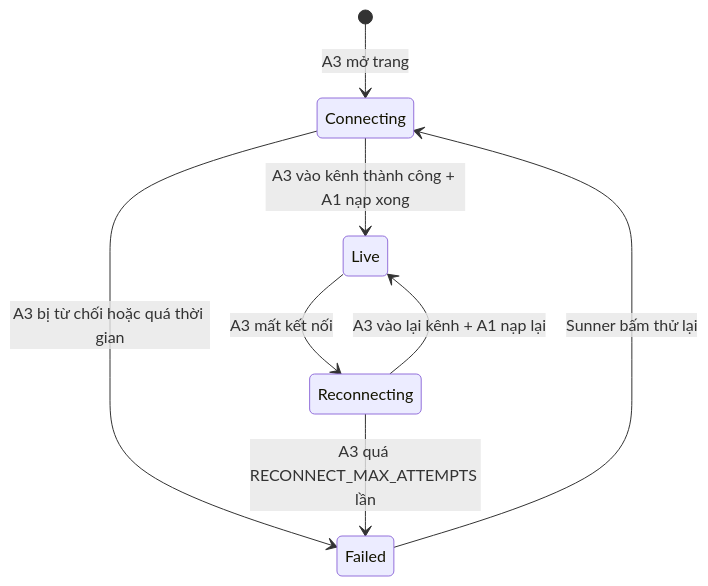
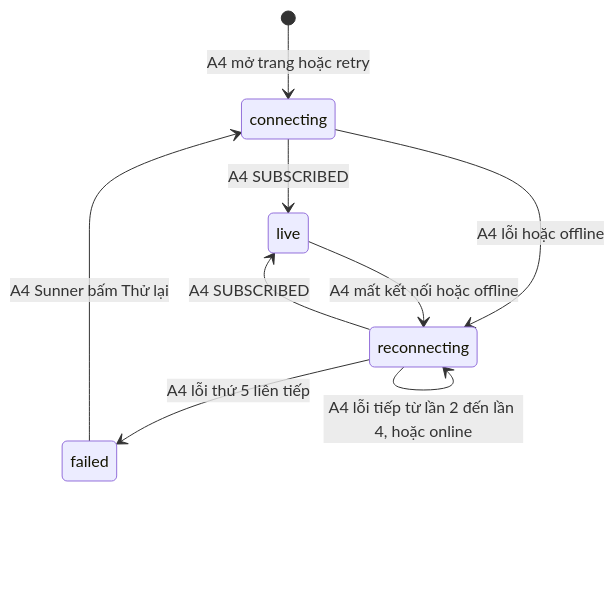
Before and after one commit to hailv-3571/agentic-coding-hands-on: the fourth of 4 diagrams in docs/features/F008_SpotlightBoard/technical-spec.md, drawn with Mermaid. The commit also changed other lines of this file and 152 other files, not shown here.

````diff
--- a/docs/features/F008_SpotlightBoard/technical-spec.md
+++ b/docs/features/F008_SpotlightBoard/technical-spec.md
@@ -222,10 +390,11 @@
 ```mermaid
 stateDiagram-v2
-    [*] --> Connecting : A3 mở trang
-    Connecting --> Live : A3 vào kênh thành công + A1 nạp xong
-    Connecting --> Failed : A3 bị từ chối hoặc quá thời gian
-    Live --> Reconnecting : A3 mất kết nối
-    Reconnecting --> Live : A3 vào lại kênh + A1 nạp lại
-    Reconnecting --> Failed : A3 quá RECONNECT_MAX_ATTEMPTS lần
-    Failed --> Connecting : Sunner bấm thử lại
+    [*] --> connecting : A4 mở trang hoặc retry
+    connecting --> live : A4 SUBSCRIBED
+    connecting --> reconnecting : A4 lỗi hoặc offline
+    live --> reconnecting : A4 mất kết nối hoặc offline
+    reconnecting --> live : A4 SUBSCRIBED
+    reconnecting --> reconnecting : A4 lỗi tiếp từ lần 2 đến lần 4, hoặc online
+    reconnecting --> failed : A4 lỗi thứ 5 liên tiếp
+    failed --> connecting : A4 Sunner bấm Thử lại
 ```
````
